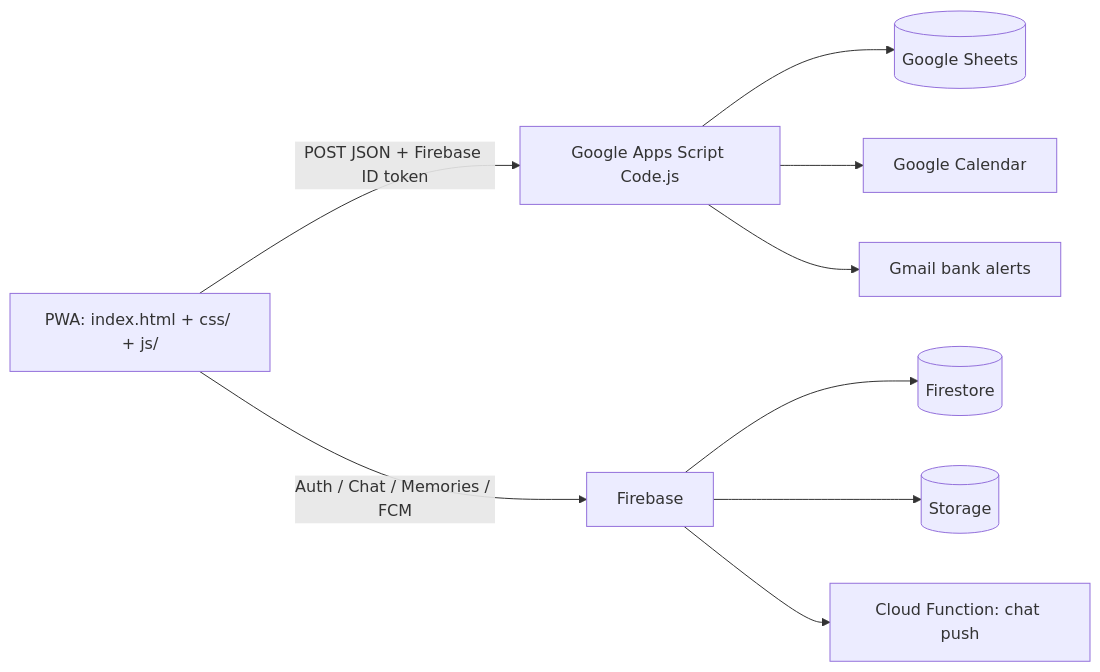
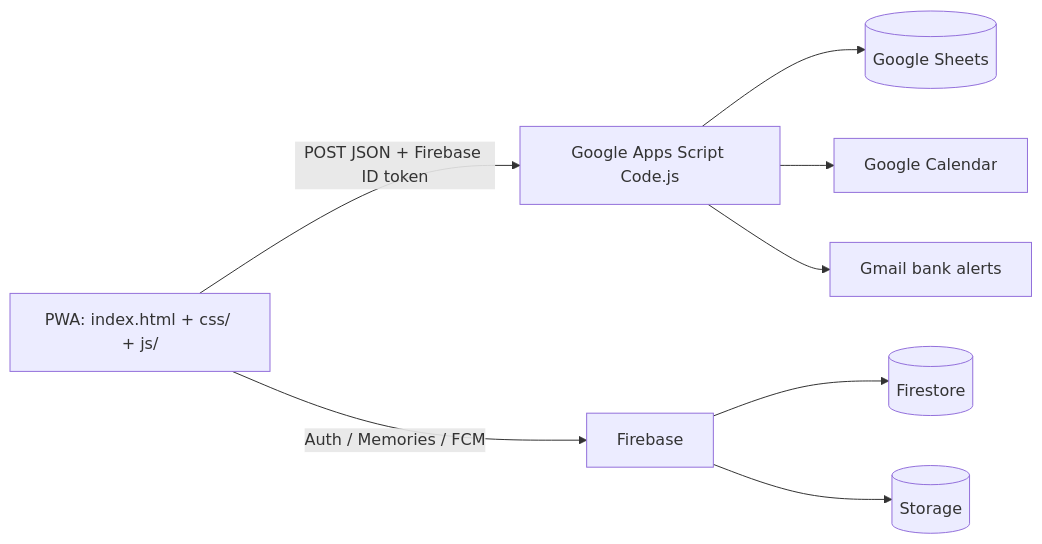
The diagram in README.md (marcuswongjw/familylog), drawn with Mermaid before and after one commit. The commit also changed other lines of this file and 16 other files, not shown here.

````diff
--- a/README.md
+++ b/README.md
@@ -14,11 +14,10 @@
 ```mermaid
 flowchart LR
   PWA[PWA: index.html + css/ + js/] -->|POST JSON + Firebase ID token| GAS[Google Apps Script Code.js]
   GAS --> Sheets[(Google Sheets)]
   GAS --> GCal[Google Calendar]
   GAS --> Gmail[Gmail bank alerts]
-  PWA -->|Auth / Chat / Memories / FCM| FB[Firebase]
+  PWA -->|Auth / Memories / FCM| FB[Firebase]
   FB --> FS[(Firestore)]
   FB --> ST[(Storage)]
-  FB --> CF[Cloud Function: chat push]
 ```
````
